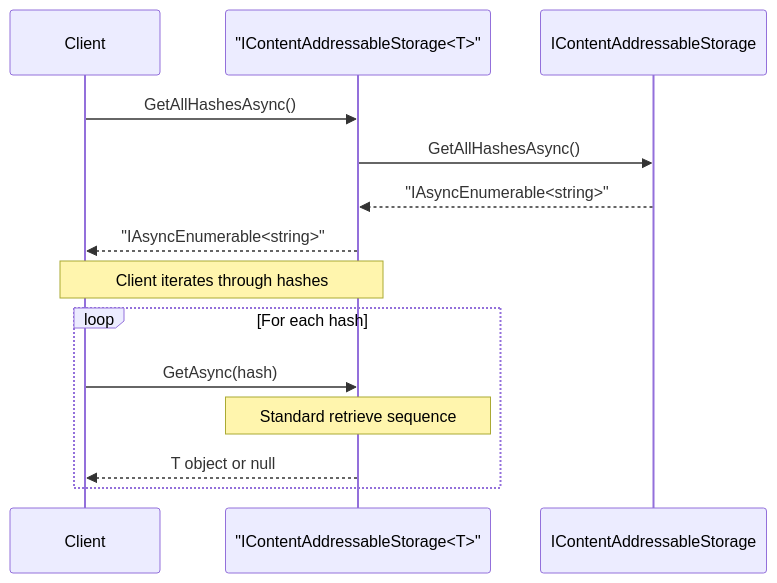
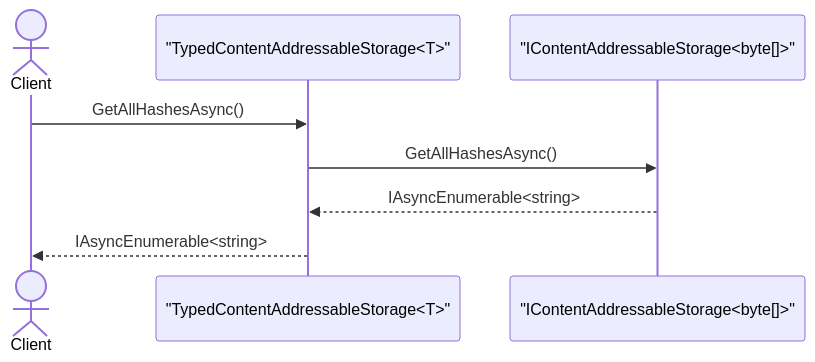
One commit to o2alexanderfedin/Nolock.social.frontends changed the sixth of 9 diagrams in docs/architecture/storage/typed-cas-design.md. Above: the diagram before and after it, drawn with Mermaid. The commit also changed other lines of this file and 10 other files, not shown here.

First line of the commit message:
feat: implement typed content-addressable storage with serialization

````diff
--- a/docs/architecture/storage/typed-cas-design.md
+++ b/docs/architecture/storage/typed-cas-design.md
@@ -201,19 +269,11 @@
 ```mermaid
 sequenceDiagram
-    participant Client
-    participant TypedCAS as "IContentAddressableStorage<T>"
-    participant ByteCAS as IContentAddressableStorage
+    actor Client
+    participant TypedCAS as "TypedContentAddressableStorage<T>"
+    participant ByteCAS as "IContentAddressableStorage<byte[]>"
     
     Client->>TypedCAS: GetAllHashesAsync()
     TypedCAS->>ByteCAS: GetAllHashesAsync()
-    ByteCAS-->>TypedCAS: "IAsyncEnumerable<string>"
-    TypedCAS-->>Client: "IAsyncEnumerable<string>"
-    
-    Note over Client,TypedCAS: Client iterates through hashes
-    
-    loop For each hash
-        Client->>TypedCAS: GetAsync(hash)
-        Note over TypedCAS: Standard retrieve sequence
-        TypedCAS-->>Client: T object or null
-    end
+    ByteCAS-->>TypedCAS: IAsyncEnumerable<string>
+    TypedCAS-->>Client: IAsyncEnumerable<string>
 ```
````
